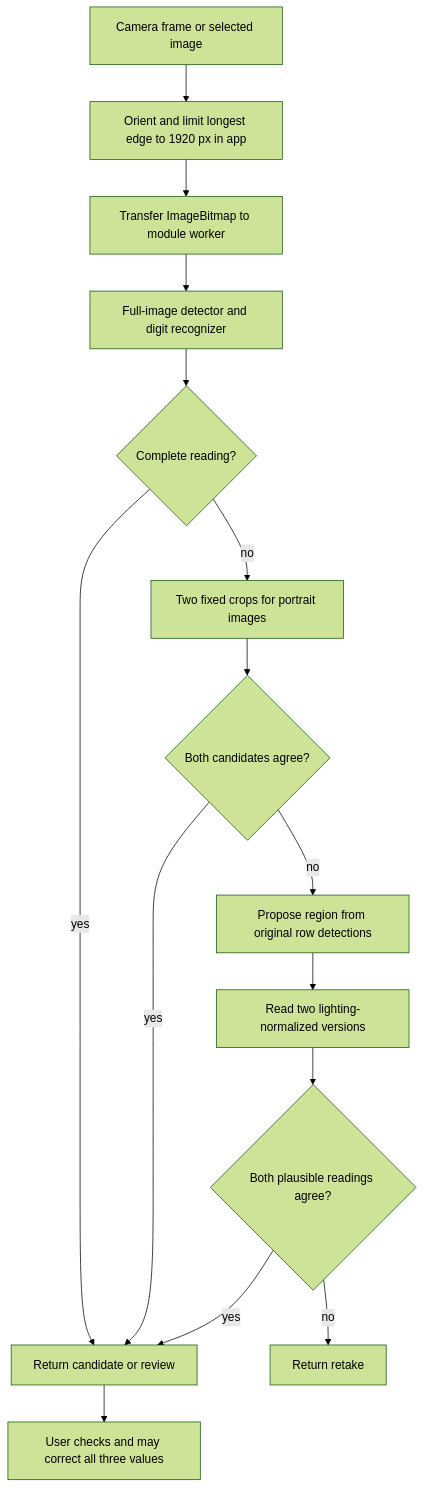
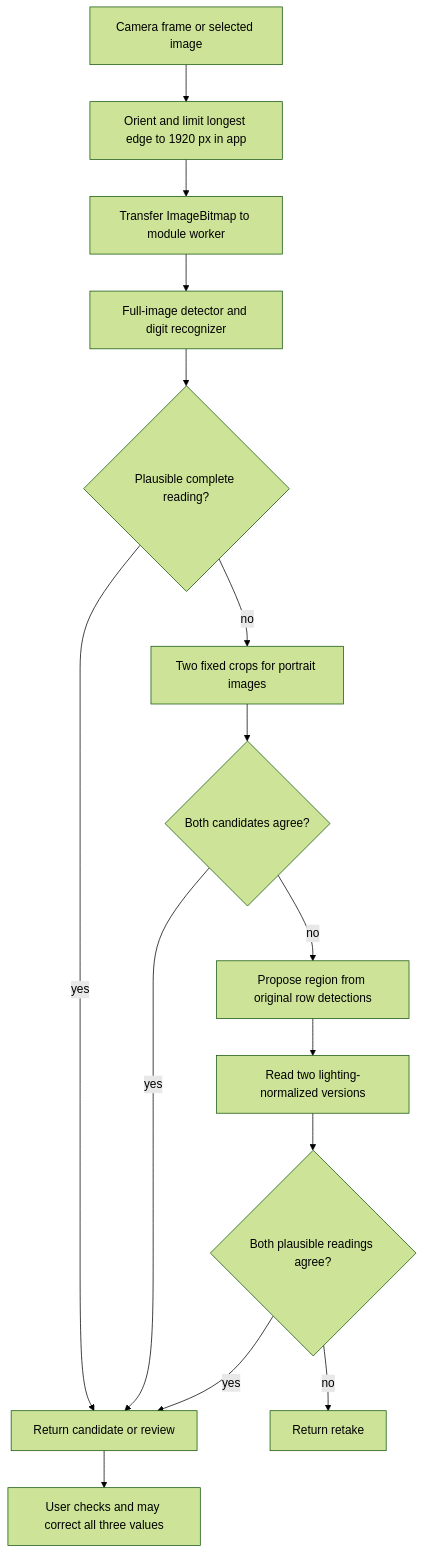
Before and after one commit to zandaulion/hearth-bp-ocr: the diagram in docs/ARCHITECTURE.md, drawn with Mermaid (forest theme). The commit also changed other lines of this file and 22 other files, not shown here.

````diff
--- a/docs/ARCHITECTURE.md
+++ b/docs/ARCHITECTURE.md
@@ -5,17 +5,17 @@
 ```mermaid
 flowchart TD
   A[Camera frame or selected image] --> B[Orient and limit longest edge to 1920 px in app]
   B --> C[Transfer ImageBitmap to module worker]
   C --> D[Full-image detector and digit recognizer]
-  D --> E{Complete reading?}
+  D --> E{Plausible complete reading?}
   E -- yes --> J[Return candidate or review]
   E -- no --> F[Two fixed crops for portrait images]
   F --> G{Both candidates agree?}
   G -- yes --> J
   G -- no --> H[Propose region from original row detections]
   H --> I[Read two lighting-normalized versions]
   I --> K{Both plausible readings agree?}
   K -- yes --> J
   K -- no --> L[Return retake]
   J --> M[User checks and may correct all three values]
 ```
````
